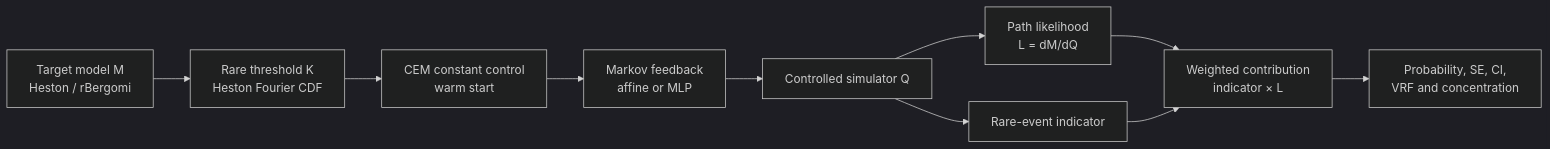
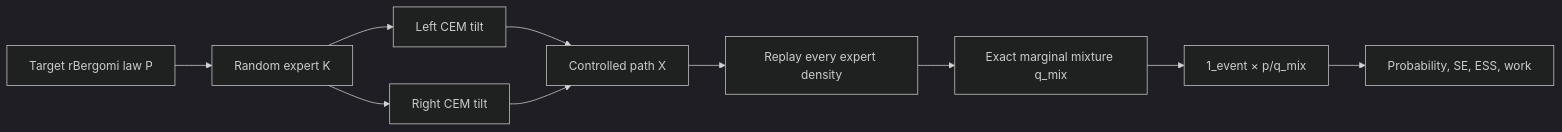
Before and after one commit to YoungJun0814/Neural_Path_Intergral: the diagram in docs/CURRENT_MODEL_AND_IMPLEMENTATION_GUIDE_KO.md, drawn with Mermaid (dark theme). The commit also changed other lines of this file and 18 other files, not shown here.

````diff
--- a/docs/CURRENT_MODEL_AND_IMPLEMENTATION_GUIDE_KO.md
+++ b/docs/CURRENT_MODEL_AND_IMPLEMENTATION_GUIDE_KO.md
@@ -19,12 +30,12 @@
 ```mermaid
 flowchart LR
-    A["Target model M<br>Heston / rBergomi"] --> B["Rare threshold K<br>Heston Fourier CDF"]
-    B --> C["CEM constant control<br>warm start"]
-    C --> D["Markov feedback<br>affine or MLP"]
-    D --> E["Controlled simulator Q"]
-    E --> F["Path likelihood<br>L = dM/dQ"]
-    E --> G["Rare-event indicator"]
-    F --> H["Weighted contribution<br>indicator × L"]
-    G --> H
-    H --> I["Probability, SE, CI,<br>VRF and concentration"]
+    P["Target rBergomi law P"] --> K["Random expert K"]
+    K --> L["Left CEM tilt"]
+    K --> R["Right CEM tilt"]
+    L --> X["Controlled path X"]
+    R --> X
+    X --> D["Replay every expert density"]
+    D --> M["Exact marginal mixture q_mix"]
+    M --> Y["1_event × p/q_mix"]
+    Y --> E["Probability, SE, ESS, work"]
 ```
````
